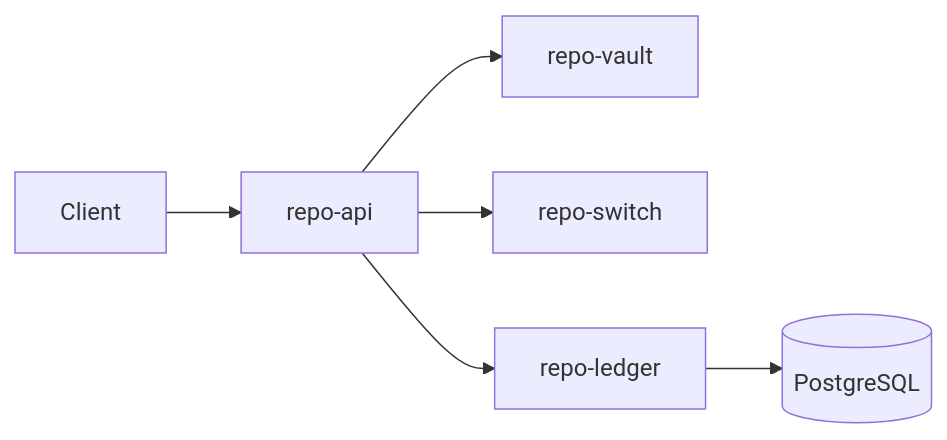
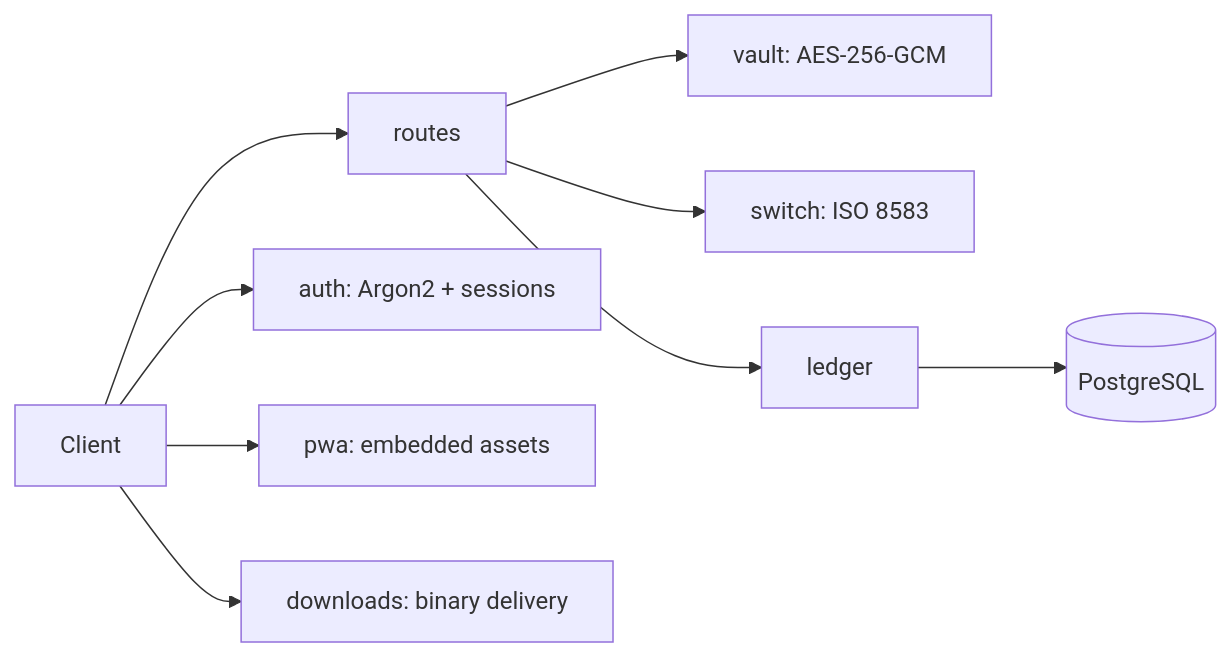
One commit to cochranblock/rogue-repo changed the diagram in README.md. Above: the diagram before and after it, drawn with Mermaid. The commit also changed other lines of this file and 5 other files, not shown here.

````diff
--- a/README.md
+++ b/README.md
@@ -30,8 +30,11 @@
 ```mermaid
 flowchart LR
-    Client[Client] --> RepoAPI[repo-api]
-    RepoAPI --> RepoVault[repo-vault]
-    RepoAPI --> RepoSwitch[repo-switch]
-    RepoAPI --> RepoLedger[repo-ledger]
-    RepoLedger --> Postgres[(PostgreSQL)]
+    Client[Client] --> Routes[routes]
+    Routes --> Vault[vault: AES-256-GCM]
+    Routes --> Switch[switch: ISO 8583]
+    Routes --> Ledger[ledger]
+    Ledger --> Postgres[(PostgreSQL)]
+    Client --> Auth[auth: Argon2 + sessions]
+    Client --> PWA[pwa: embedded assets]
+    Client --> Downloads[downloads: binary delivery]
 ```
````
